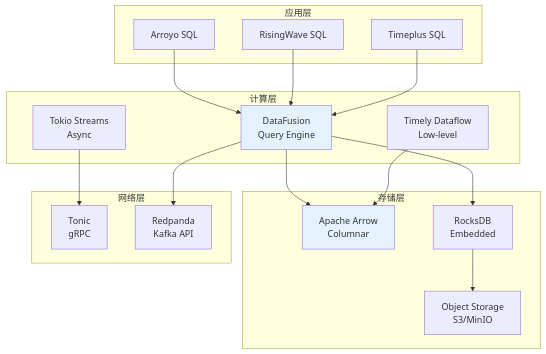
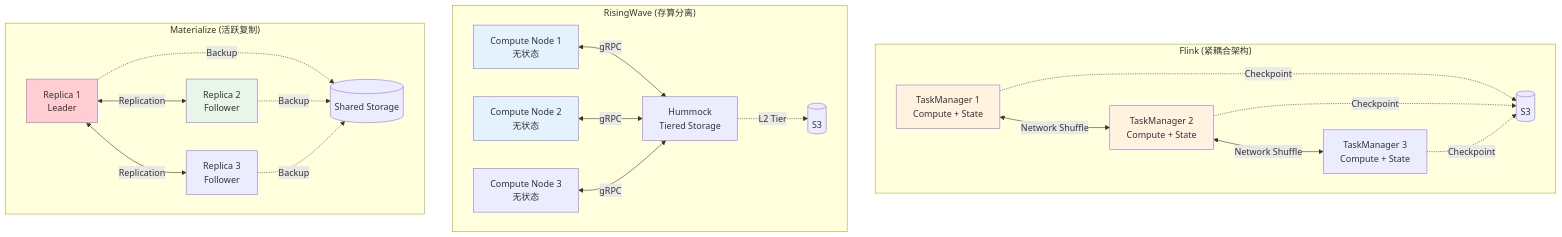
The fifth of 7 diagrams in Knowledge/06-frontier/rust-streaming-ecosystem.md (AdaMartin18010/AnalysisDataFlow), drawn with Mermaid before and after one commit. The commit also changed other lines of this file and 20 other files, not shown here.

````diff
--- a/Knowledge/06-frontier/rust-streaming-ecosystem.md
+++ b/Knowledge/06-frontier/rust-streaming-ecosystem.md
@@ -512,35 +847,49 @@
 ```mermaid
 graph TB
-    subgraph "应用层"
-        A[Arroyo SQL]
-        B[RisingWave SQL]
-        C[Timeplus SQL]
+    subgraph "Flink (紧耦合架构)"
+        F1[TaskManager 1<br/>Compute + State]
+        F2[TaskManager 2<br/>Compute + State]
+        F3[TaskManager 3<br/>Compute + State]
+
+        F1 <-->|Network Shuffle| F2
+        F2 <-->|Network Shuffle| F3
+
+        F1 -.->|Checkpoint| S3_1[(S3)]
+        F2 -.->|Checkpoint| S3_1
+        F3 -.->|Checkpoint| S3_1
     end
 
-    subgraph "计算层"
-        D[DataFusion<br/>Query Engine]
-        E[Timely Dataflow<br/>Low-level]
-        F[Tokio Streams<br/>Async]
+    subgraph "RisingWave (存算分离)"
+        C1[Compute Node 1<br/>无状态]
+        C2[Compute Node 2<br/>无状态]
+        C3[Compute Node 3<br/>无状态]
+
+        H[Hummock<br/>Tiered Storage]
+
+        C1 <-->|gRPC| H
+        C2 <-->|gRPC| H
+        C3 <-->|gRPC| H
+
+        H -.->|L2 Tier| S3_2[(S3)]
     end
 
-    subgraph "存储层"
-        G[Apache Arrow<br/>Columnar]
-        H[RocksDB<br/>Embedded]
-        I[Object Storage<br/>S3/MinIO]
+    subgraph "Materialize (活跃复制)"
+        R1[Replica 1<br/>Leader]
+        R2[Replica 2<br/>Follower]
+        R3[Replica 3<br/>Follower]
+
+        R1 <-->|Replication| R2
+        R1 <-->|Replication| R3
+
+        R1 -.->|Backup| S3_3[(Shared Storage)]
+        R2 -.->|Backup| S3_3
+        R3 -.->|Backup| S3_3
     end
 
-    subgraph "网络层"
-        J[Tonic<br/>gRPC]
-        K[Redpanda<br/>Kafka API]
-    end
-
-    A --> D --> G
-    B --> D --> H --> I
-    C --> D
-    E --> G
-    F --> J
-    D --> K
-
-    style D fill:#e3f2fd
-    style G fill:#e3f2fd
+    style F1 fill:#fff3e0
+    style F2 fill:#fff3e0
+    style C1 fill:#e3f2fd
+    style C2 fill:#e3f2fd
+    style R1 fill:#ffcdd2
+    style R2 fill:#e8f5e9
 ```
````
